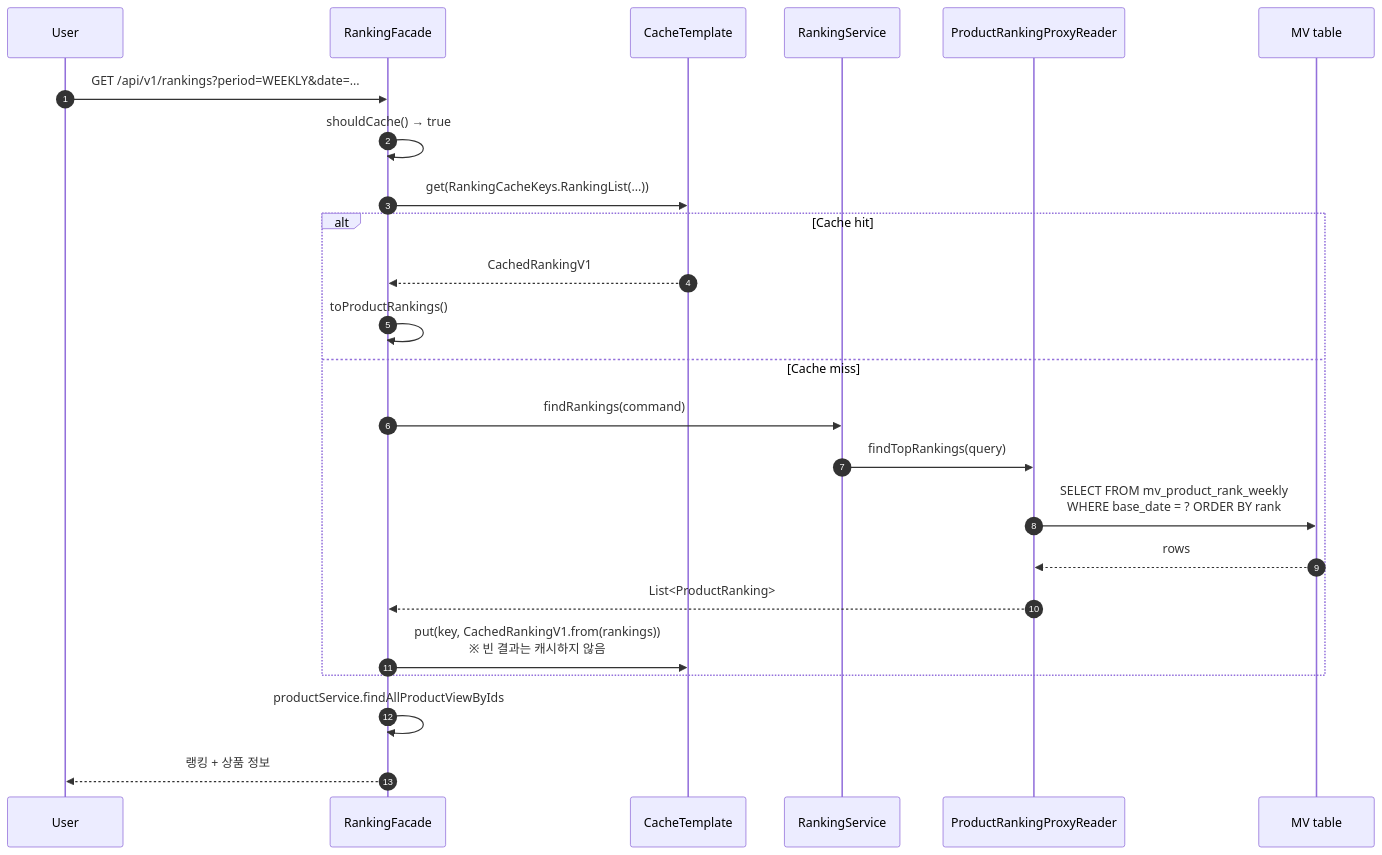
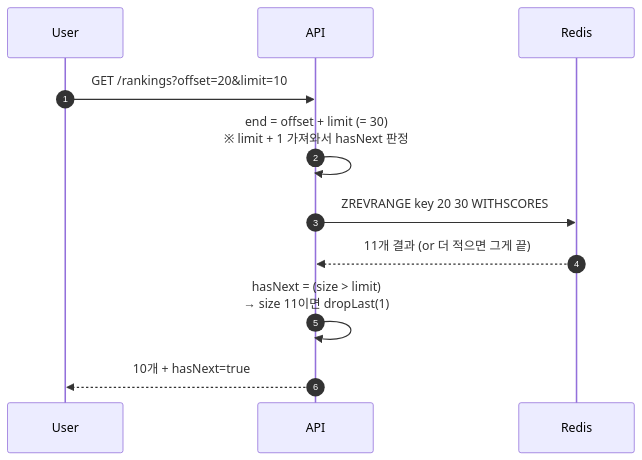
The fifth of 8 diagrams in 퉁그리/[3주차]레디스 자료 구조 활용 사례.md (eu-ssya/redis-for-developers), drawn with Mermaid before and after one commit. The commit also changed other lines of this file, not shown here.

````diff
--- a/퉁그리/[3주차]레디스 자료 구조 활용 사례.md
+++ b/퉁그리/[3주차]레디스 자료 구조 활용 사례.md
@@ -196,27 +202,14 @@
 ```mermaid
 sequenceDiagram
     autonumber
     participant U as User
-    participant F as RankingFacade
-    participant Cache as CacheTemplate
-    participant S as RankingService
-    participant Reader as ProductRankingProxyReader
-    participant DB as MV table
+    participant API
+    participant R as Redis
 
-    U->>F: GET /api/v1/rankings?period=WEEKLY&date=...
-    F->>F: shouldCache() → true
-    F->>Cache: get(RankingCacheKeys.RankingList(...))
-    alt Cache hit
-        Cache-->>F: CachedRankingV1
-        F->>F: toProductRankings()
-    else Cache miss
-        F->>S: findRankings(command)
-        S->>Reader: findTopRankings(query)
-        Reader->>DB: SELECT FROM mv_product_rank_weekly<br/>WHERE base_date = ? ORDER BY rank
-        DB-->>Reader: rows
-        Reader-->>F: List<ProductRanking>
-        F->>Cache: put(key, CachedRankingV1.from(rankings))<br/>※ 빈 결과는 캐시하지 않음
-    end
-    F->>F: productService.findAllProductViewByIds
-    F-->>U: 랭킹 + 상품 정보
+    U->>API: GET /rankings?offset=20&limit=10
+    API->>API: end = offset + limit  (= 30)<br/>※ limit + 1 가져와서 hasNext 판정
+    API->>R: ZREVRANGE key 20 30 WITHSCORES
+    R-->>API: 11개 결과 (or 더 적으면 그게 끝)
+    API->>API: hasNext = (size > limit)<br/>→ size 11이면 dropLast(1)
+    API-->>U: 10개 + hasNext=true
 ```
````
